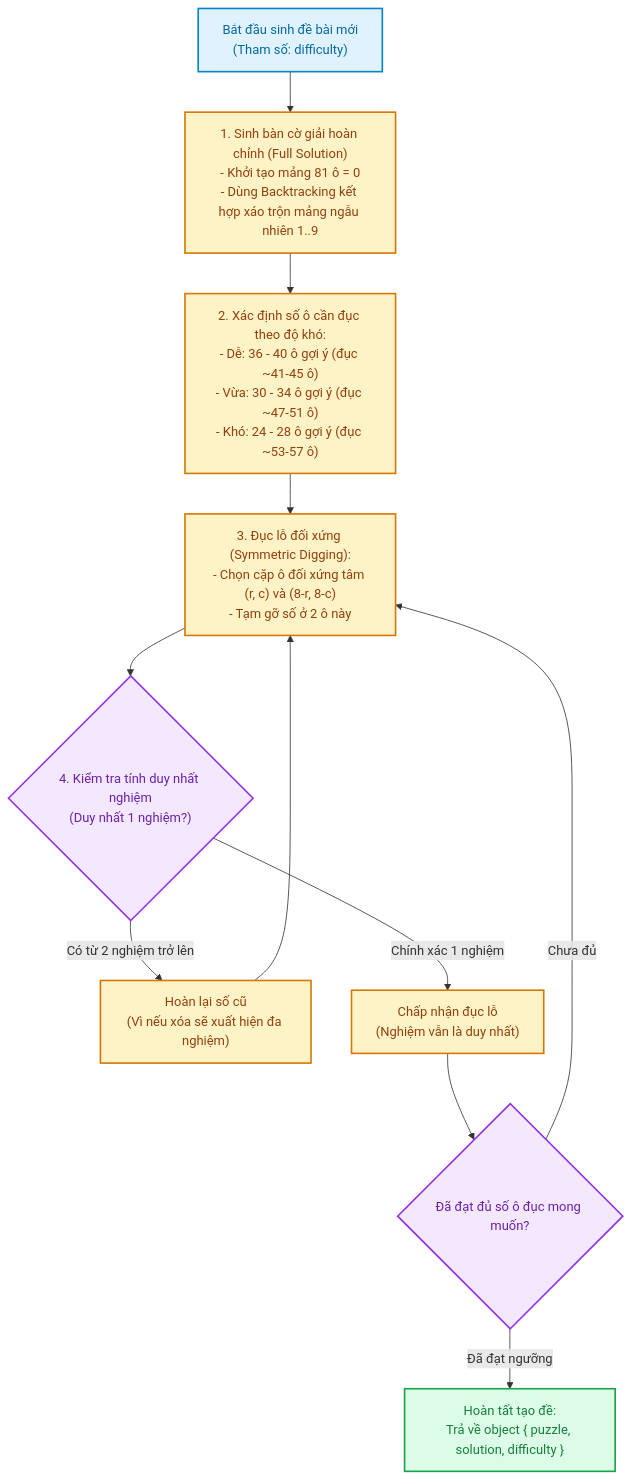
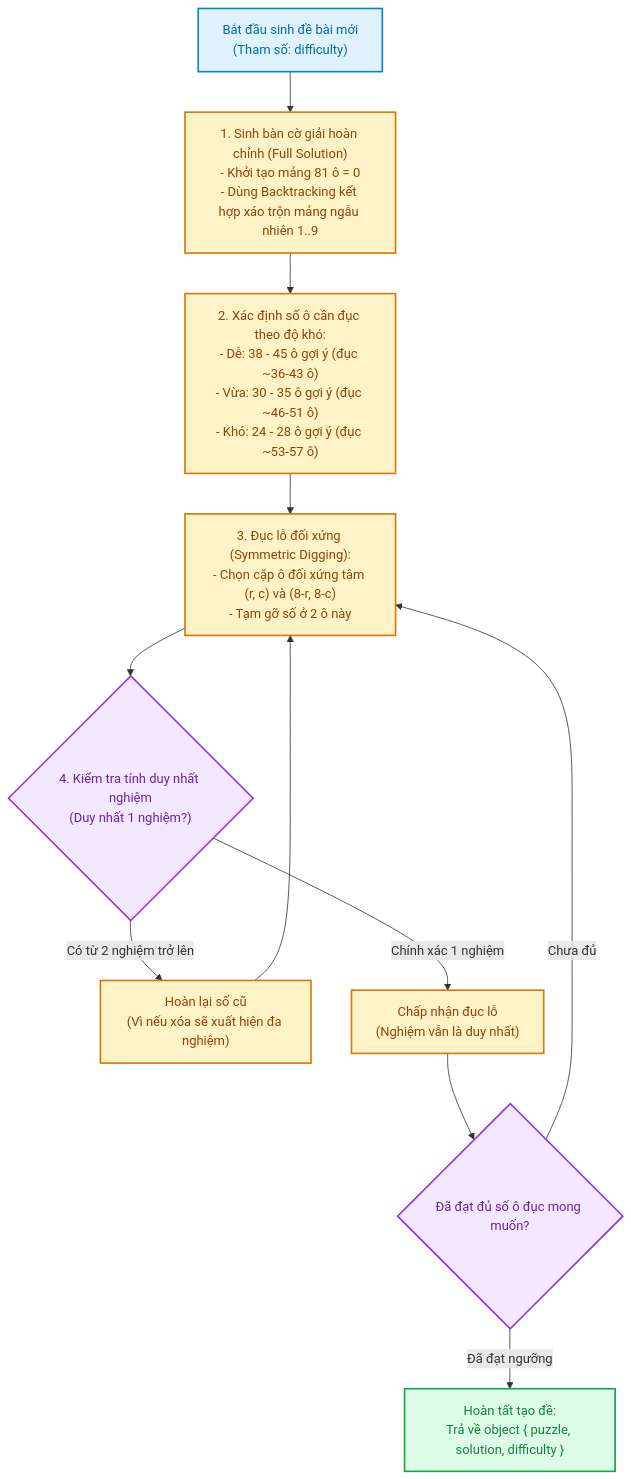
Before and after one commit to Jhanh/Sudoku_game: the third of 3 diagrams in docs/03_data_flow_and_sequences.md, drawn with Mermaid. The commit also changed 2 other files, not shown here.

Commit message:
docs: update all document

````diff
--- a/docs/03_data_flow_and_sequences.md
+++ b/docs/03_data_flow_and_sequences.md
@@ -105,35 +105,35 @@
 ```mermaid
 flowchart TD
     classDef start fill:#E0F2FE,stroke:#0284C7,stroke-width:2px,color:#0369A1;
     classDef process fill:#FEF3C7,stroke:#D97706,stroke-width:2px,color:#92400E;
     classDef decision fill:#F3E8FF,stroke:#9333EA,stroke-width:2px,color:#6B21A8;
     classDef success fill:#DCFCE7,stroke:#16A34A,stroke-width:2px,color:#15803D;
 
     GEN_START["Bắt đầu sinh đề bài mới<br/>(Tham số: difficulty)"]
     
     GEN_FULL["1. Sinh bàn cờ giải hoàn chỉnh (Full Solution)<br/>- Khởi tạo mảng 81 ô = 0<br/>- Dùng Backtracking kết hợp xáo trộn mảng ngẫu nhiên 1..9"]
     
-    GEN_TARGET["2. Xác định số ô cần đục theo độ khó:<br/>- Dễ: 36 - 40 ô gợi ý (đục ~41-45 ô)<br/>- Vừa: 30 - 34 ô gợi ý (đục ~47-51 ô)<br/>- Khó: 24 - 28 ô gợi ý (đục ~53-57 ô)"]
+    GEN_TARGET["2. Xác định số ô cần đục theo độ khó:<br/>- Dễ: 38 - 45 ô gợi ý (đục ~36-43 ô)<br/>- Vừa: 30 - 35 ô gợi ý (đục ~46-51 ô)<br/>- Khó: 24 - 28 ô gợi ý (đục ~53-57 ô)"]
 
     GEN_DIG["3. Đục lỗ đối xứng (Symmetric Digging):<br/>- Chọn cặp ô đối xứng tâm (r, c) và (8-r, 8-c)<br/>- Tạm gỡ số ở 2 ô này"]
 
     GEN_TEST{"4. Kiểm tra tính duy nhất nghiệm<br/>(Duy nhất 1 nghiệm?)"}
 
     GEN_REVERT["Hoàn lại số cũ<br/>(Vì nếu xóa sẽ xuất hiện đa nghiệm)"]
     GEN_KEEP["Chấp nhận đục lỗ<br/>(Nghiệm vẫn là duy nhất)"]
 
     GEN_CHECK{"Đã đạt đủ số ô đục mong muốn?"}
 
     GEN_DONE["Hoàn tất tạo đề:<br/>Trả về object { puzzle, solution, difficulty }"]
 
     GEN_START --> GEN_FULL --> GEN_TARGET --> GEN_DIG --> GEN_TEST
     GEN_TEST -->|"Có từ 2 nghiệm trở lên"| GEN_REVERT --> GEN_DIG
     GEN_TEST -->|"Chính xác 1 nghiệm"| GEN_KEEP --> GEN_CHECK
     GEN_CHECK -->|"Chưa đủ"| GEN_DIG
     GEN_CHECK -->|"Đã đạt ngưỡng"| GEN_DONE
 
     class GEN_START start;
     class GEN_FULL,GEN_TARGET,GEN_DIG,GEN_REVERT,GEN_KEEP process;
     class GEN_TEST,GEN_CHECK decision;
     class GEN_DONE success;
 ```
````
